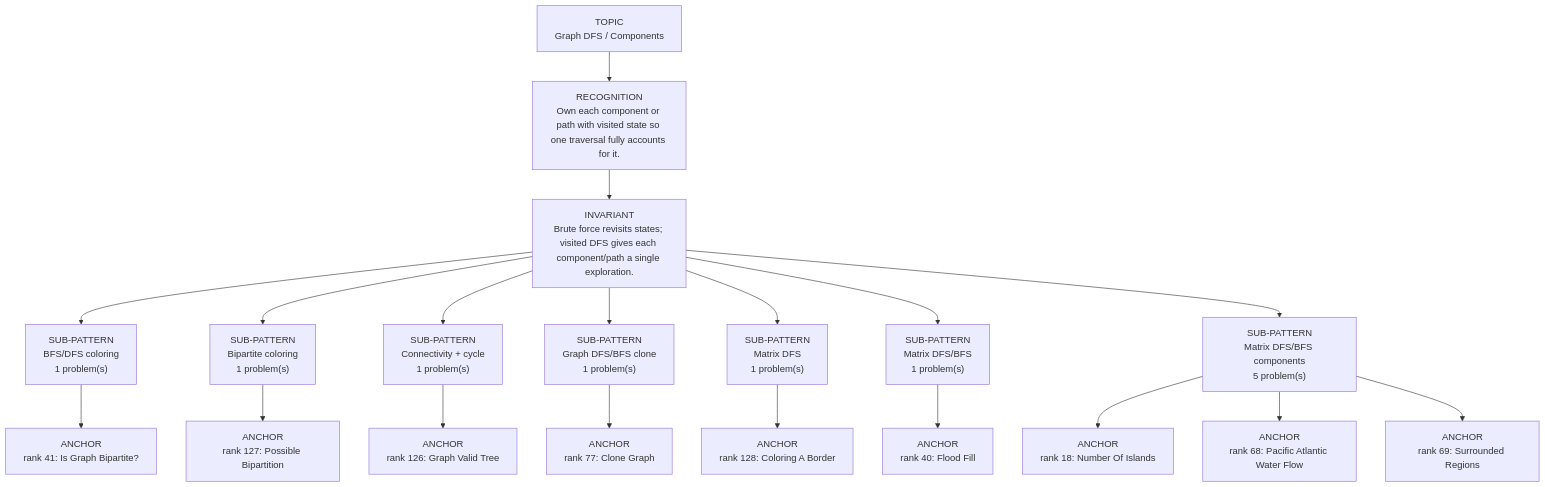
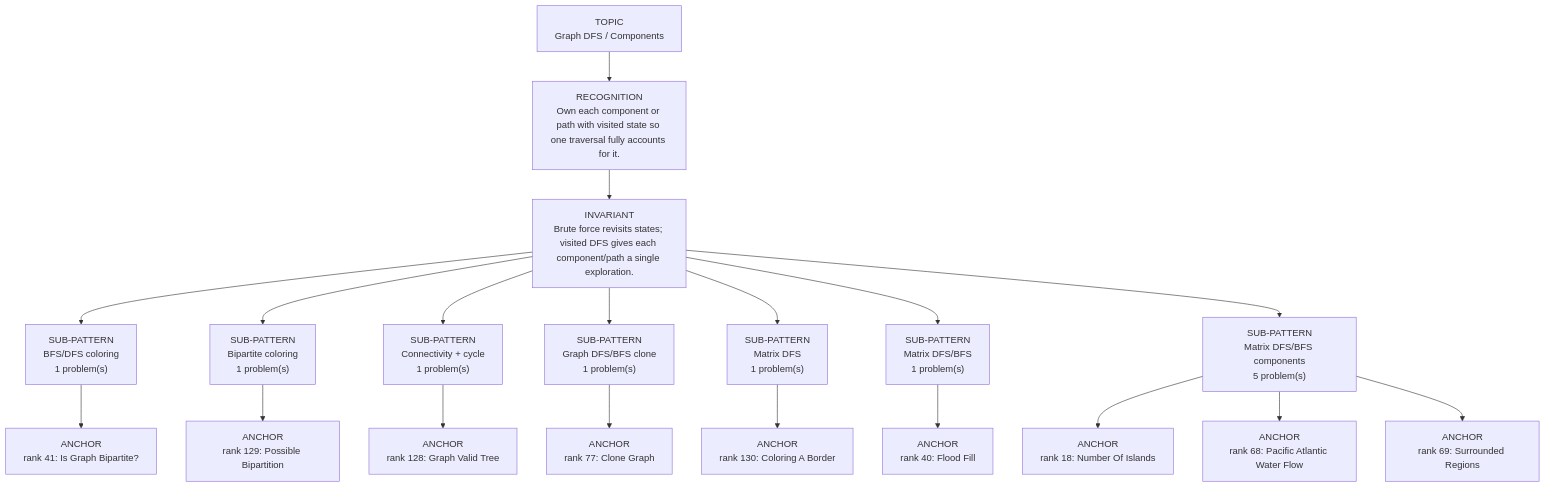
Before and after one commit to thechiranjeevjain/DSA10days: the diagram in dsa-review/interview/patterns/10_graph_dfs.md, drawn with Mermaid. The commit also changed other lines of this file and 51 other files, not shown here.

````diff
--- a/dsa-review/interview/patterns/10_graph_dfs.md
+++ b/dsa-review/interview/patterns/10_graph_dfs.md
@@ -15,23 +15,23 @@
 ```mermaid
 flowchart TD
   Topic["TOPIC<br/>Graph DFS / Components"]
   Recognition["RECOGNITION<br/>Own each component or path with visited state so one traversal fully accounts for it."]
   Invariant["INVARIANT<br/>Brute force revisits states; visited DFS gives each component/path a single exploration."]
   Topic --> Recognition --> Invariant
   Invariant --> Sub01["SUB-PATTERN<br/>BFS/DFS coloring<br/>1 problem(s)"]
   Sub01 --> Sub01A01["ANCHOR<br/>rank 41: Is Graph Bipartite?"]
   Invariant --> Sub02["SUB-PATTERN<br/>Bipartite coloring<br/>1 problem(s)"]
-  Sub02 --> Sub02A01["ANCHOR<br/>rank 127: Possible Bipartition"]
+  Sub02 --> Sub02A01["ANCHOR<br/>rank 129: Possible Bipartition"]
   Invariant --> Sub03["SUB-PATTERN<br/>Connectivity + cycle<br/>1 problem(s)"]
-  Sub03 --> Sub03A01["ANCHOR<br/>rank 126: Graph Valid Tree"]
+  Sub03 --> Sub03A01["ANCHOR<br/>rank 128: Graph Valid Tree"]
   Invariant --> Sub04["SUB-PATTERN<br/>Graph DFS/BFS clone<br/>1 problem(s)"]
   Sub04 --> Sub04A01["ANCHOR<br/>rank 77: Clone Graph"]
   Invariant --> Sub05["SUB-PATTERN<br/>Matrix DFS<br/>1 problem(s)"]
-  Sub05 --> Sub05A01["ANCHOR<br/>rank 128: Coloring A Border"]
+  Sub05 --> Sub05A01["ANCHOR<br/>rank 130: Coloring A Border"]
   Invariant --> Sub06["SUB-PATTERN<br/>Matrix DFS/BFS<br/>1 problem(s)"]
   Sub06 --> Sub06A01["ANCHOR<br/>rank 40: Flood Fill"]
   Invariant --> Sub07["SUB-PATTERN<br/>Matrix DFS/BFS components<br/>5 problem(s)"]
   Sub07 --> Sub07A01["ANCHOR<br/>rank 18: Number Of Islands"]
   Sub07 --> Sub07A02["ANCHOR<br/>rank 68: Pacific Atlantic Water Flow"]
   Sub07 --> Sub07A03["ANCHOR<br/>rank 69: Surrounded Regions"]
 ```
````
